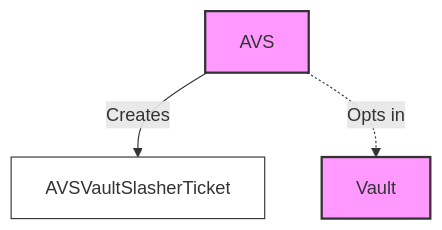
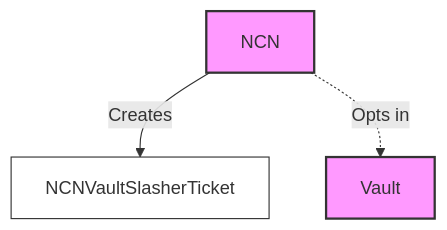
One commit to jito-foundation/restaking changed the fifth of 5 diagrams in docs/concepts/restaking_program.md. Above: the diagram before and after it, drawn with Mermaid. The commit also changed other lines of this file and 61 other files, not shown here.

Commit message:
rename avs -> ncn

````diff
--- a/docs/concepts/restaking_program.md
+++ b/docs/concepts/restaking_program.md
@@ -123,10 +123,10 @@
 ```mermaid
 graph TD
     classDef main fill: #f9f, stroke: #333, stroke-width: 2px;
     classDef ticket fill: #fff, stroke: #333, stroke-width: 1px;
-    AVS[AVS]:::main
+    NCN[NCN]:::main
     Vault[Vault]:::main
-    AvsVaultSlasherTicket[AVSVaultSlasherTicket]:::ticket
-    AVS -->|Creates| AvsVaultSlasherTicket
-    AVS -.->|Opts in| Vault
+    NcnVaultSlasherTicket[NCNVaultSlasherTicket]:::ticket
+    NCN -->|Creates| NcnVaultSlasherTicket
+    NCN -.->|Opts in| Vault
 ```
````
